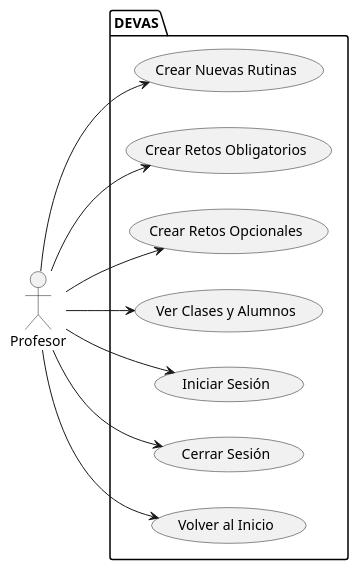
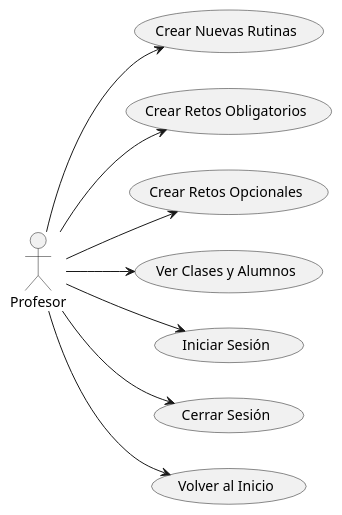
The diagram in Documentos/CasosUso/CdU_Profesor.puml (mmasias/24-25-IdSw1-SDR), drawn with PlantUML before and after one commit.

```diff
--- a/Documentos/CasosUso/CdU_Profesor.puml
+++ b/Documentos/CasosUso/CdU_Profesor.puml
@@ -1,23 +1,22 @@
 @startuml
 left to right direction
 
 actor Profesor
 
-package DEVAS{
-usecase "Crear Nuevas Rutinas" as UC_CrearRutinas
-usecase "Crear Retos Obligatorios" as UC_CrearRetosObligatorios
-usecase "Crear Retos Opcionales" as UC_CrearRetosOpcionales
-usecase "Ver Clases y Alumnos" as UC_VerClasesAlumnos
-usecase "Iniciar Sesión" as UC_IniciarSesion
-usecase "Cerrar Sesión" as UC_CerrarSesion
-usecase "Volver al Inicio" as UC_VolverInicio
+usecase "Crear Nuevas Rutinas" as CrearRutinas
+usecase "Crear Retos Obligatorios" as CrearRetosObligatorios
+usecase "Crear Retos Opcionales" as CrearRetosOpcionales
+usecase "Ver Clases y Alumnos" as VerClasesAlumnos
+usecase "Iniciar Sesión" as IniciarSesion
+usecase "Cerrar Sesión" as CerrarSesion
+usecase "Volver al Inicio" as VolverInicio
 
-Profesor --> UC_CrearRutinas
-Profesor --> UC_CrearRetosObligatorios
-Profesor --> UC_CrearRetosOpcionales
-Profesor --> UC_VerClasesAlumnos
-Profesor --> UC_IniciarSesion
-Profesor --> UC_CerrarSesion
-Profesor --> UC_VolverInicio
-}
+Profesor --> CrearRutinas
+Profesor --> CrearRetosObligatorios
+Profesor --> CrearRetosOpcionales
+Profesor --> VerClasesAlumnos
+Profesor --> IniciarSesion
+Profesor --> CerrarSesion
+Profesor --> VolverInicio
+
 @enduml
```
